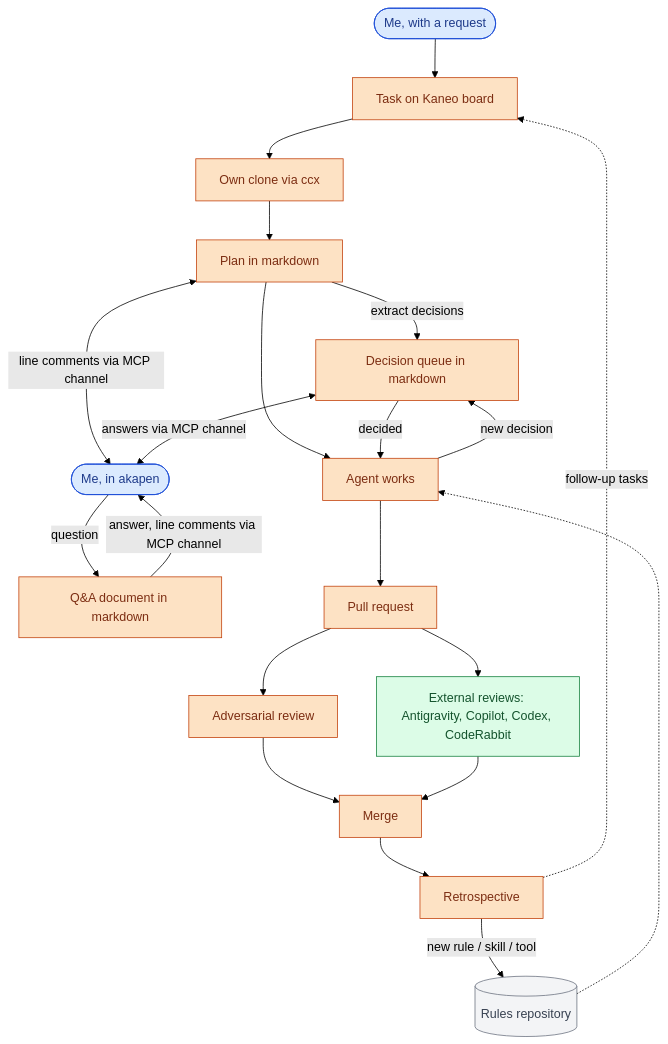
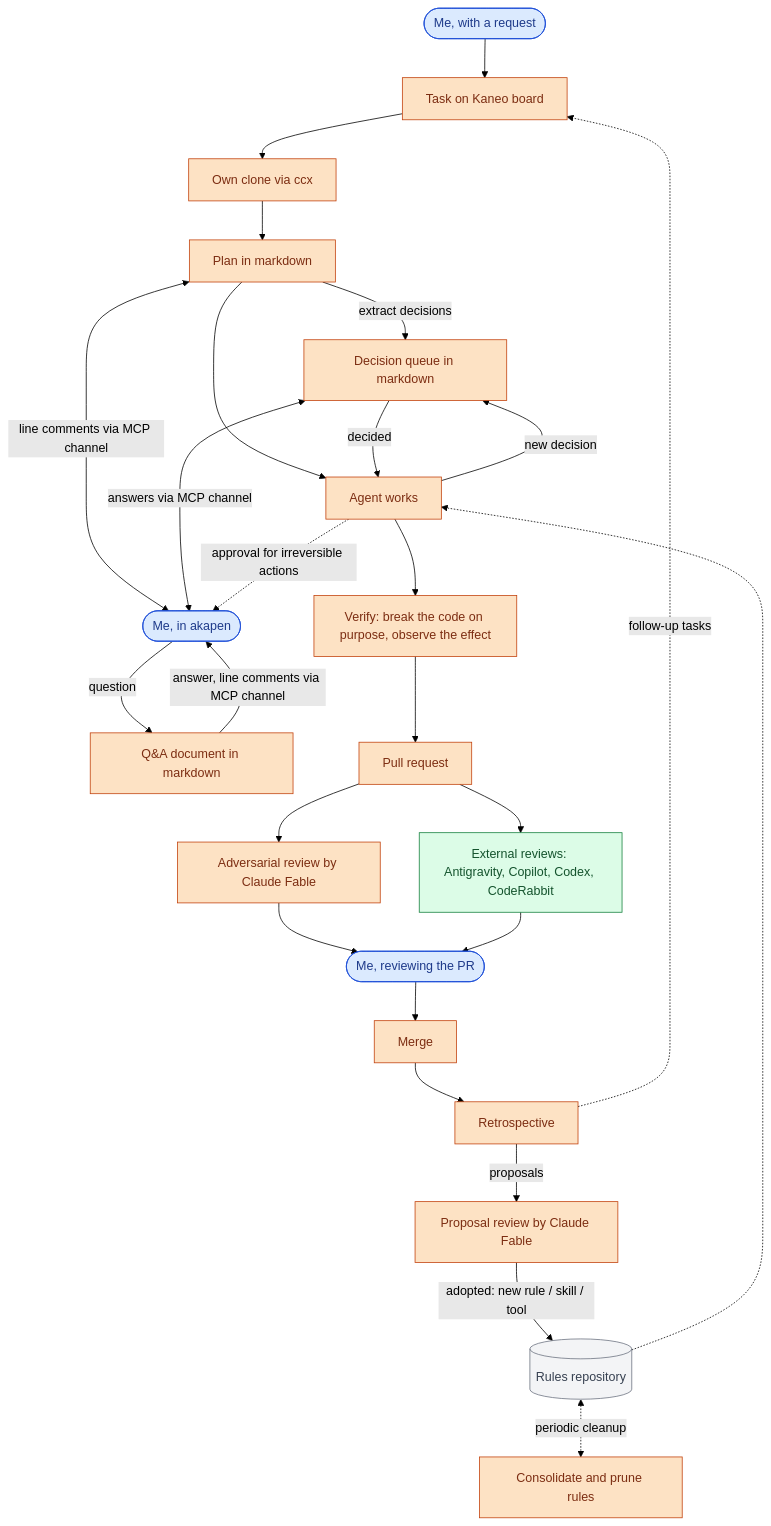
One commit to TakashiAihara/profile.takashiaihara.site changed the diagram in src/pages/workflow.md. Above: the diagram before and after it, drawn with Mermaid (forest theme). The commit also changed other lines of this file, not shown here.

Commit message:
docs: add approval, verify, my PR review, Fable reviews and rule cleanup
sid: WH5KIB
Claude-Session: https://claude.ai/code/session_01ToaAV7JAc6DQPwKjMsDghs

```diff
--- a/src/pages/workflow.md
+++ b/src/pages/workflow.md
@@ -12,31 +13,36 @@
 <pre class="mermaid">
 flowchart TD
   req([Me, with a request]) --> task[Task on Kaneo board]
   task --> clone[Own clone via ccx]
   clone --> plan[Plan in markdown]
   plan -->|extract decisions| queue[Decision queue in markdown]
   plan <-->|line comments via MCP channel| me([Me, in akapen])
   queue <-->|answers via MCP channel| me
   plan --> work[Agent works]
   queue -->|decided| work
   work -->|new decision| queue
   me -->|question| qa[Q&A document in markdown]
   qa -->|answer, line comments via MCP channel| me
-  work --> pr[Pull request]
-  pr --> review[Adversarial review]
+  work -.->|approval for irreversible actions| me
+  work --> verify[Verify: break the code on purpose, observe the effect]
+  verify --> pr[Pull request]
+  pr --> review[Adversarial review by Claude Fable]
   pr --> ext[External reviews: Antigravity, Copilot, Codex, CodeRabbit]
-  review --> merge[Merge]
-  ext --> merge
+  review --> myreview([Me, reviewing the PR])
+  ext --> myreview
+  myreview --> merge[Merge]
   merge --> retro[Retrospective]
-  retro -->|new rule / skill / tool| rules[(Rules repository)]
+  retro -->|proposals| fable[Proposal review by Claude Fable]
+  fable -->|adopted: new rule / skill / tool| rules[(Rules repository)]
+  rules <-.->|periodic cleanup| cleanup[Consolidate and prune rules]
   rules -.-> work
   retro -.->|follow-up tasks| task
   classDef human fill:#dbeafe,stroke:#1d4ed8,color:#1e3a8a
   classDef claude fill:#fde2c4,stroke:#c2410c,color:#7c2d12
   classDef other fill:#dcfce7,stroke:#15803d,color:#14532d
   classDef store fill:#f3f4f6,stroke:#6b7280,color:#374151
-  class req,me human
-  class task,clone,plan,work,queue,qa,pr,review,merge,retro claude
+  class req,me,myreview human
+  class task,clone,plan,work,verify,queue,qa,pr,review,merge,retro,fable,cleanup claude
   class ext other
   class rules store
 </pre>
```
